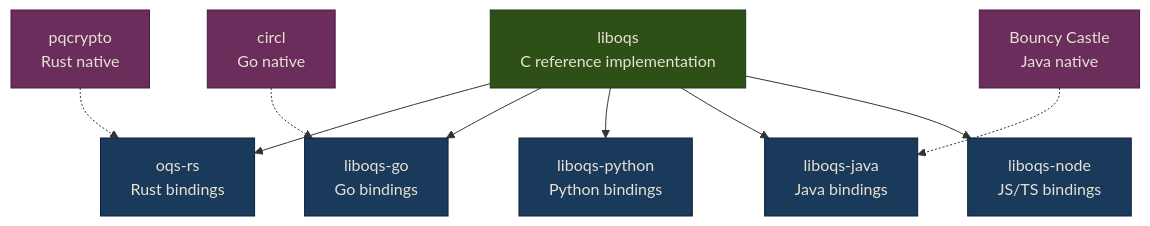
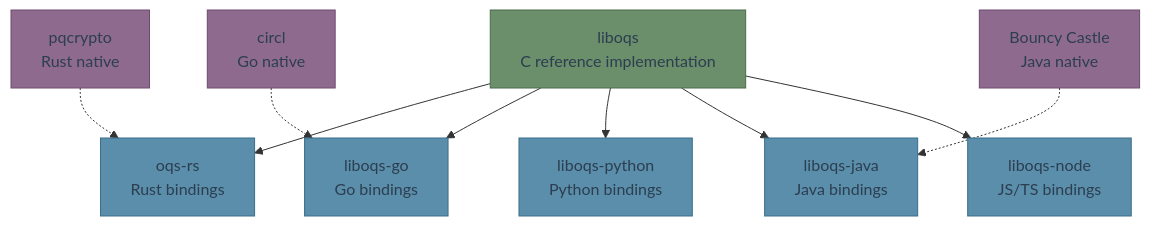
Before and after one commit to MichaelTien8901/pqc-engineering-guide: the first of 2 diagrams in 05-libraries-and-tools.md, drawn with Mermaid. The commit also changed other lines of this file and 8 other files, not shown here.

First line of the commit message:
Fix Mermaid paper-like styling matching reference project

````diff
--- a/05-libraries-and-tools.md
+++ b/05-libraries-and-tools.md
@@ -16,20 +16,20 @@
 ```mermaid
 flowchart TD
     LIBOQS[liboqs<br/>C reference implementation] --> RUST[oqs-rs<br/>Rust bindings]
     LIBOQS --> GO[liboqs-go<br/>Go bindings]
     LIBOQS --> PY[liboqs-python<br/>Python bindings]
     LIBOQS --> JAVA[liboqs-java<br/>Java bindings]
     LIBOQS --> NODE[liboqs-node<br/>JS/TS bindings]
 
     NATIVE1[pqcrypto<br/>Rust native] -.-> RUST
     NATIVE2[circl<br/>Go native] -.-> GO
     NATIVE3[Bouncy Castle<br/>Java native] -.-> JAVA
 
-    classDef ref fill:#2d5016,stroke:#1a3a1a,color:#e8e0d4
-    classDef binding fill:#1a3a5c,stroke:#0d2137,color:#e8e0d4
-    classDef native fill:#6b2d5b,stroke:#4a1a4a,color:#e8e0d4
+    classDef ref fill:#6b8e6b,stroke:#4a6a4a,color:#2c3e50
+    classDef binding fill:#5a8eaa,stroke:#3a6e8a,color:#2c3e50
+    classDef native fill:#8e6b8e,stroke:#6e4a6e,color:#2c3e50
 
     class LIBOQS ref
     class RUST,GO,PY,JAVA,NODE binding
     class NATIVE1,NATIVE2,NATIVE3 native
 ```
````
